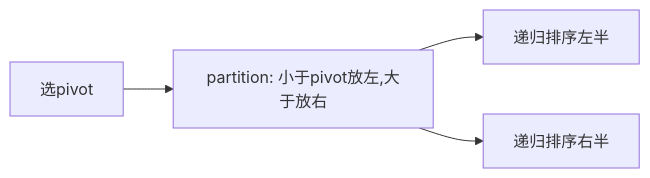
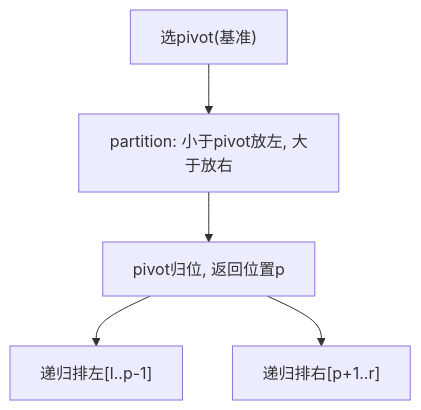
One commit to chongyang211/YCBookBlog changed the diagram in docs/09.算法/16.排序算法题/133.快速排序.md. Above: the diagram before and after it, drawn with Mermaid. The commit also changed other lines of this file and 8 other files, not shown here.

````diff
--- a/docs/09.算法/16.排序算法题/133.快速排序.md
+++ b/docs/09.算法/16.排序算法题/133.快速排序.md
@@ -21,6 +27,7 @@
 ```mermaid
-flowchart LR
-    A["选pivot"] --> B["partition: 小于pivot放左,大于放右"]
-    B --> C["递归排序左半"]
-    B --> D["递归排序右半"]
+flowchart TD
+    A["选pivot(基准)"] --> B["partition: 小于pivot放左, 大于放右"]
+    B --> C["pivot归位, 返回位置p"]
+    C --> D["递归排左[l..p-1]"]
+    C --> E["递归排右[p+1..r]"]
 ```
````
